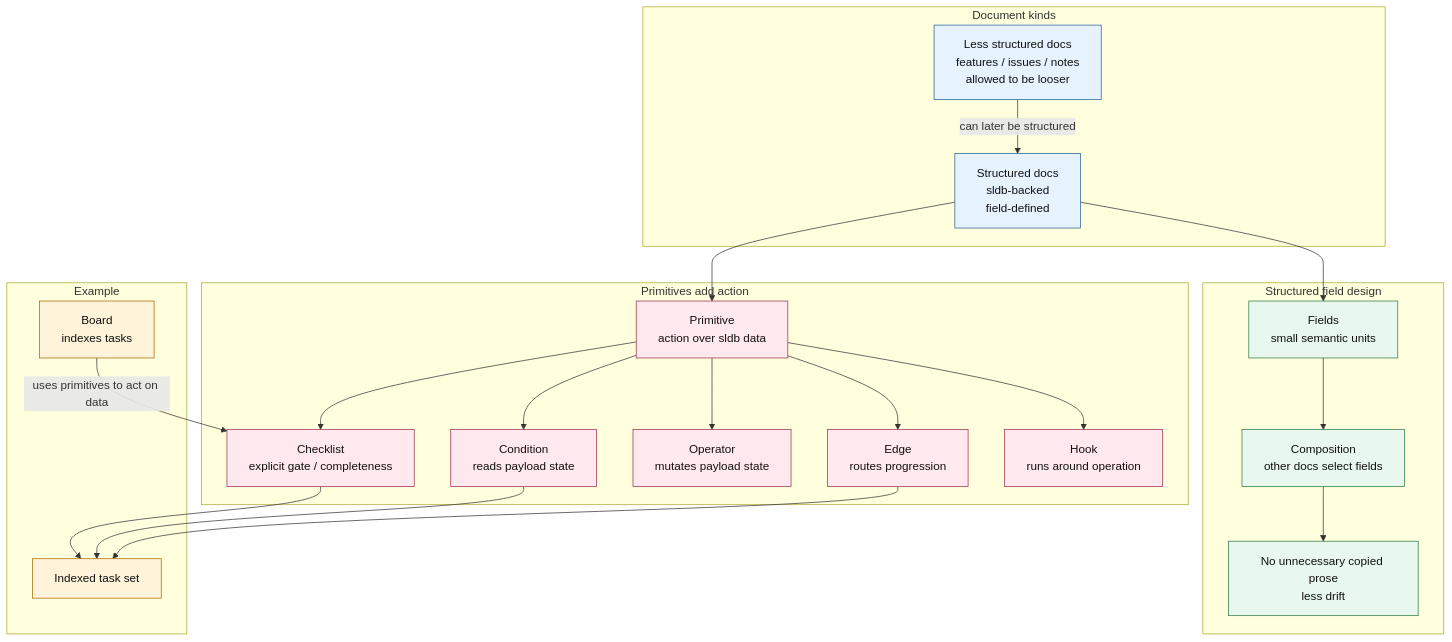
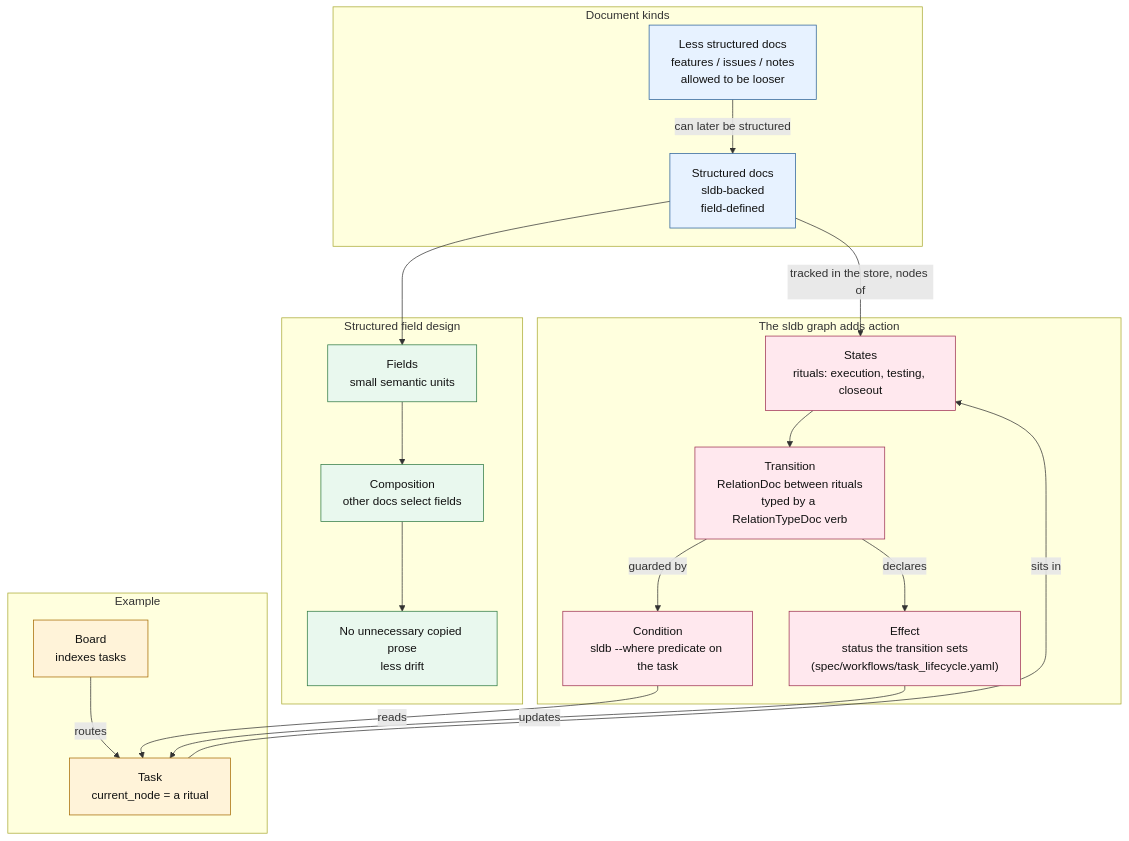
One commit to jpcosec/opsys changed the diagram in docs/diagrams/documents/document-structure-and-primitives.mmd. Above: the diagram before and after it, drawn with Mermaid. The commit also changed 493 other files, not shown here.

First line of the commit message:
feat(lifecycle): el ciclo de vida de las tasks vive en el grafo de sldb

```diff
--- a/docs/diagrams/documents/document-structure-and-primitives.mmd
+++ b/docs/diagrams/documents/document-structure-and-primitives.mmd
@@ -1,51 +1,47 @@
 flowchart TB
     subgraph Documents["Document kinds"]
         structured["Structured docs\nsldb-backed\nfield-defined"]
         loose["Less structured docs\nfeatures / issues / notes\nallowed to be looser"]
     end
 
     subgraph Fields["Structured field design"]
         fields["Fields\nsmall semantic units"]
         compose["Composition\nother docs select fields"]
         nodrift["No unnecessary copied prose\nless drift"]
     end
 
-    subgraph Actions["Primitives add action"]
-        primitive["Primitive\naction over sldb data"]
-        checklist["Checklist\nexplicit gate / completeness"]
-        condition["Condition\nreads payload state"]
-        operator["Operator\nmutates payload state"]
-        edge["Edge\nroutes progression"]
-        hook["Hook\nruns around operation"]
+    subgraph Graph["The sldb graph adds action"]
+        states["States\nrituals: execution, testing, closeout"]
+        transition["Transition\nRelationDoc between rituals\ntyped by a RelationTypeDoc verb"]
+        condition["Condition\nsldb --where predicate on the task"]
+        effect["Effect\nstatus the transition sets\n(spec/workflows/task_lifecycle.yaml)"]
     end
 
     subgraph Example["Example"]
         board["Board\nindexes tasks"]
-        indexed["Indexed task set"]
+        task["Task\ncurrent_node = a ritual"]
     end
 
     structured --> fields
     fields --> compose
     compose --> nodrift
     loose -->|can later be structured| structured
 
-    structured --> primitive
-    primitive --> checklist
-    primitive --> condition
-    primitive --> operator
-    primitive --> edge
-    primitive --> hook
+    structured -->|tracked in the store, nodes of| states
+    states --> transition
+    transition -->|guarded by| condition
+    transition -->|declares| effect
 
-    board -->|uses primitives to act on data| checklist
-    checklist --> indexed
-    condition --> indexed
-    edge --> indexed
+    board -->|routes| task
+    task -->|sits in| states
+    condition -->|reads| task
+    effect -->|updates| task
 
     classDef docs fill:#e7f2ff,stroke:#2a6099,color:#111;
     classDef fields fill:#e9f8ee,stroke:#2f7a44,color:#111;
     classDef action fill:#ffe8ee,stroke:#9e3152,color:#111;
     classDef example fill:#fff3d9,stroke:#a66a00,color:#111;
     class structured,loose docs;
     class fields,compose,nodrift fields;
-    class primitive,checklist,condition,operator,edge,hook action;
-    class board,indexed example;
+    class states,transition,condition,effect action;
+    class board,task example;
```
